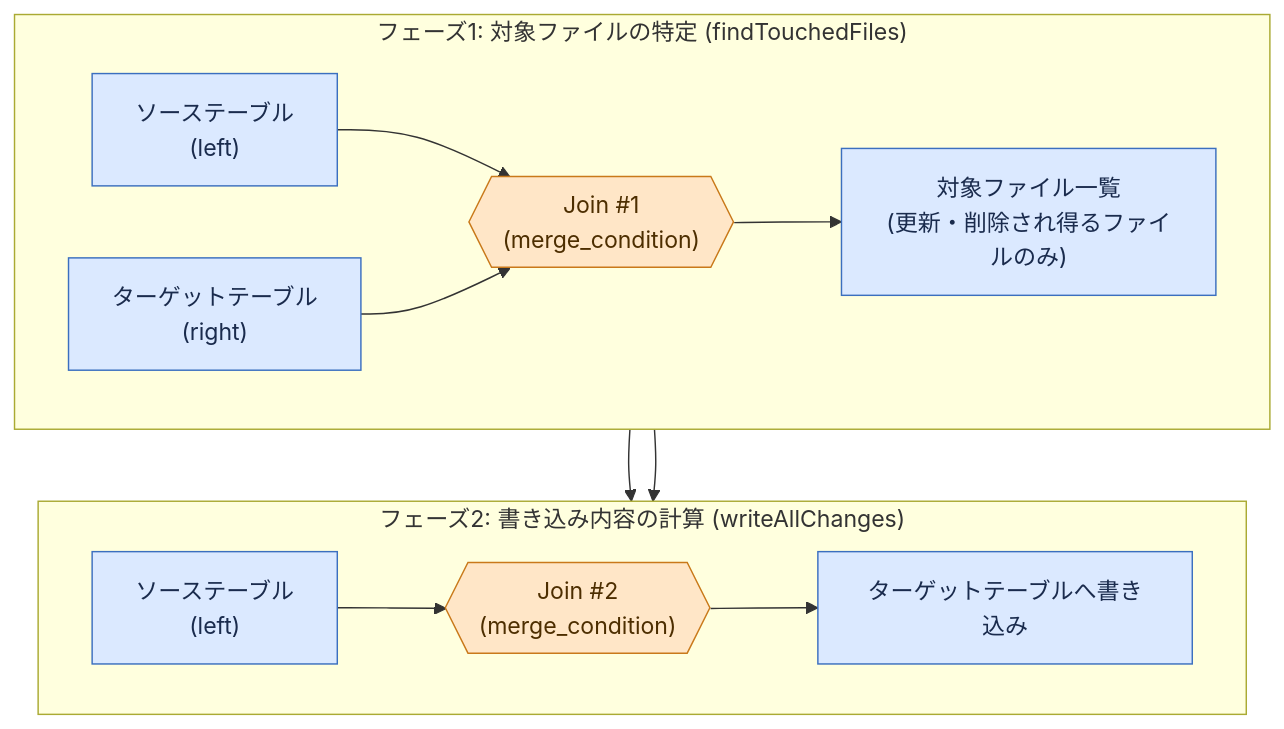
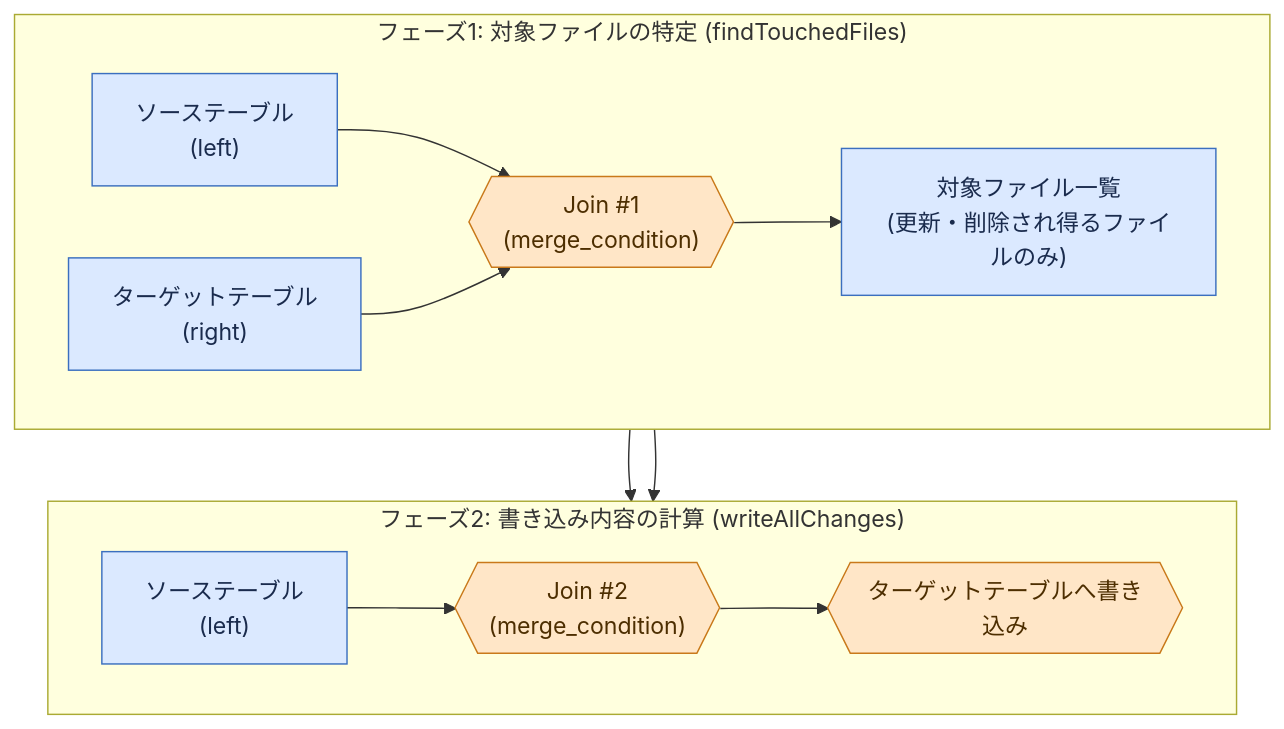
The first of 2 diagrams in articles/delta-lake-merge-into-internals-and-clustering.md (NEK0128/zenn), drawn with Mermaid before and after one commit.

Commit message:
記事修正: 書き込み処理ノードの形状をデータと区別するため六角形に変更

````diff
--- a/articles/delta-lake-merge-into-internals-and-clustering.md
+++ b/articles/delta-lake-merge-into-internals-and-clustering.md
@@ -89,26 +89,26 @@
 ```mermaid
 flowchart TB
     subgraph P1["フェーズ1: 対象ファイルの特定 (findTouchedFiles)"]
         direction LR
         S1["ソーステーブル\n(left)"]
         T1["ターゲットテーブル\n(right)"]
         S1 --> J1{{"Join #1\n(merge_condition)"}}
         T1 --> J1
         J1 --> F1["対象ファイル一覧\n(更新・削除され得るファイルのみ)"]
     end
 
     subgraph P2["フェーズ2: 書き込み内容の計算 (writeAllChanges)"]
         direction LR
         S2["ソーステーブル\n(left)"]
         F1 --> J2{{"Join #2\n(merge_condition)"}}
         S2 --> J2
-        J2 --> W["ターゲットテーブルへ書き込み"]
+        J2 --> W{{"ターゲットテーブルへ書き込み"}}
     end
 
     P1 --> P2
 
     classDef dataNode fill:#dbe9ff,stroke:#3b6fbf,color:#1a2b4d
     classDef processNode fill:#ffe6c7,stroke:#c9791a,color:#4d2e00
-    class S1,T1,F1,S2,W dataNode
-    class J1,J2 processNode
+    class S1,T1,F1,S2 dataNode
+    class J1,J2,W processNode
 ```
````
